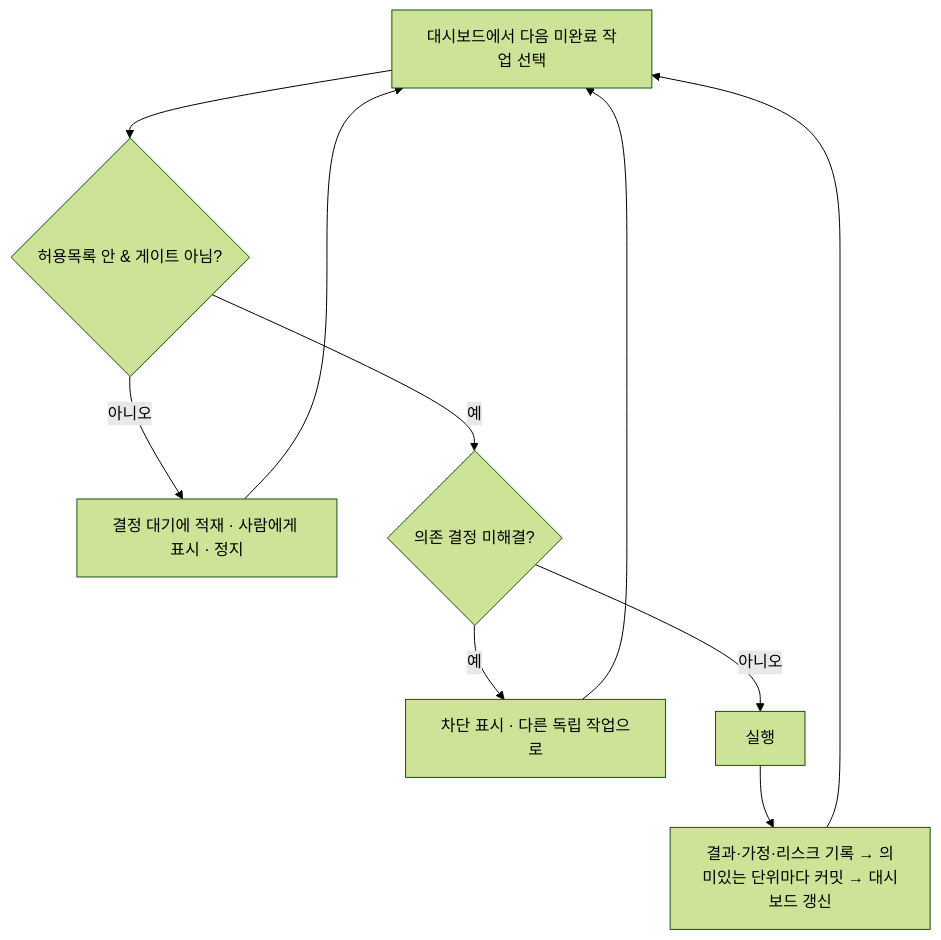
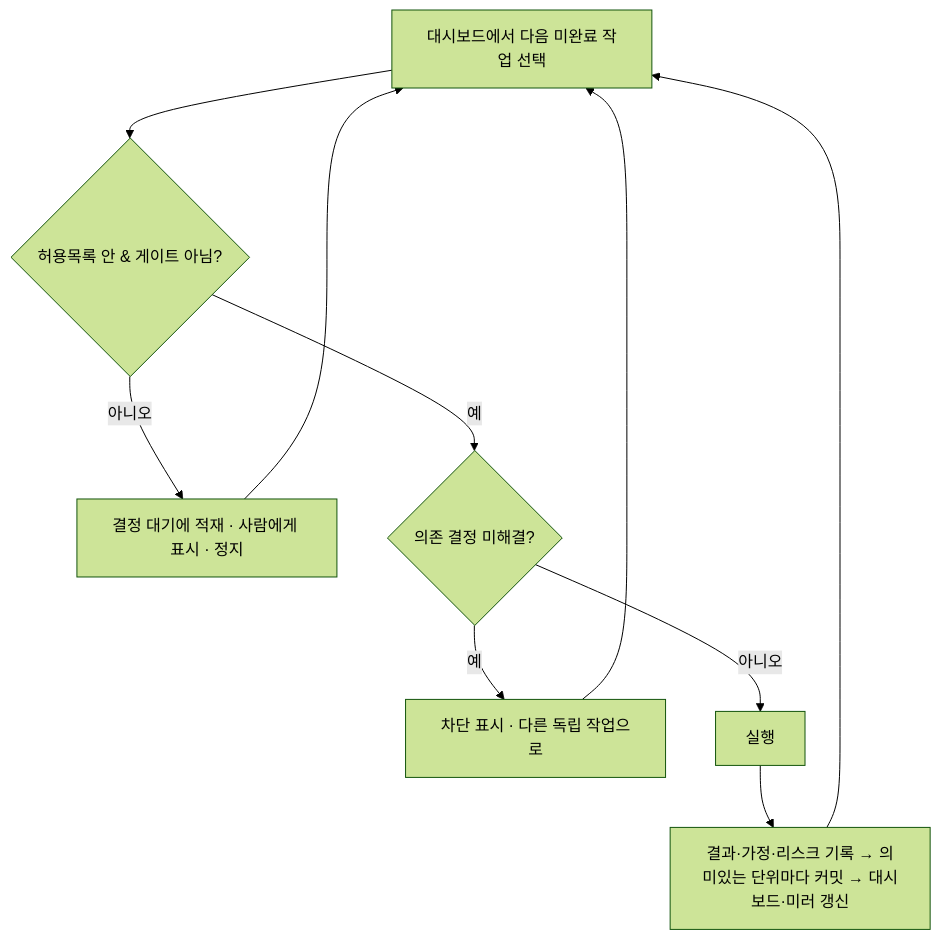
The second of 3 diagrams in skills/Quetzalcoatl/SKILL.md (chquandogong/Quetzalcoatl), drawn with Mermaid (forest theme) before and after one commit. The commit also changed other lines of this file, not shown here.

First line of the commit message:
feat(skill): v1.4.0 — §7.2 대시보드 HTML 미러 + /dashboard 갱신

````diff
--- a/skills/Quetzalcoatl/SKILL.md
+++ b/skills/Quetzalcoatl/SKILL.md
@@ -1219,12 +1228,12 @@
 ```mermaid
 flowchart TD
   A[대시보드에서 다음 미완료 작업 선택] --> B{허용목록 안 & 게이트 아님?}
   B -- 아니오 --> G[결정 대기에 적재 · 사람에게 표시 · 정지]
   B -- 예 --> C{의존 결정 미해결?}
   C -- 예 --> D[차단 표시 · 다른 독립 작업으로]
   C -- 아니오 --> E[실행]
-  E --> F[결과·가정·리스크 기록 → 의미있는 단위마다 커밋 → 대시보드 갱신]
+  E --> F[결과·가정·리스크 기록 → 의미있는 단위마다 커밋 → 대시보드·미러 갱신]
   F --> A
   G --> A
   D --> A
 ```
````
